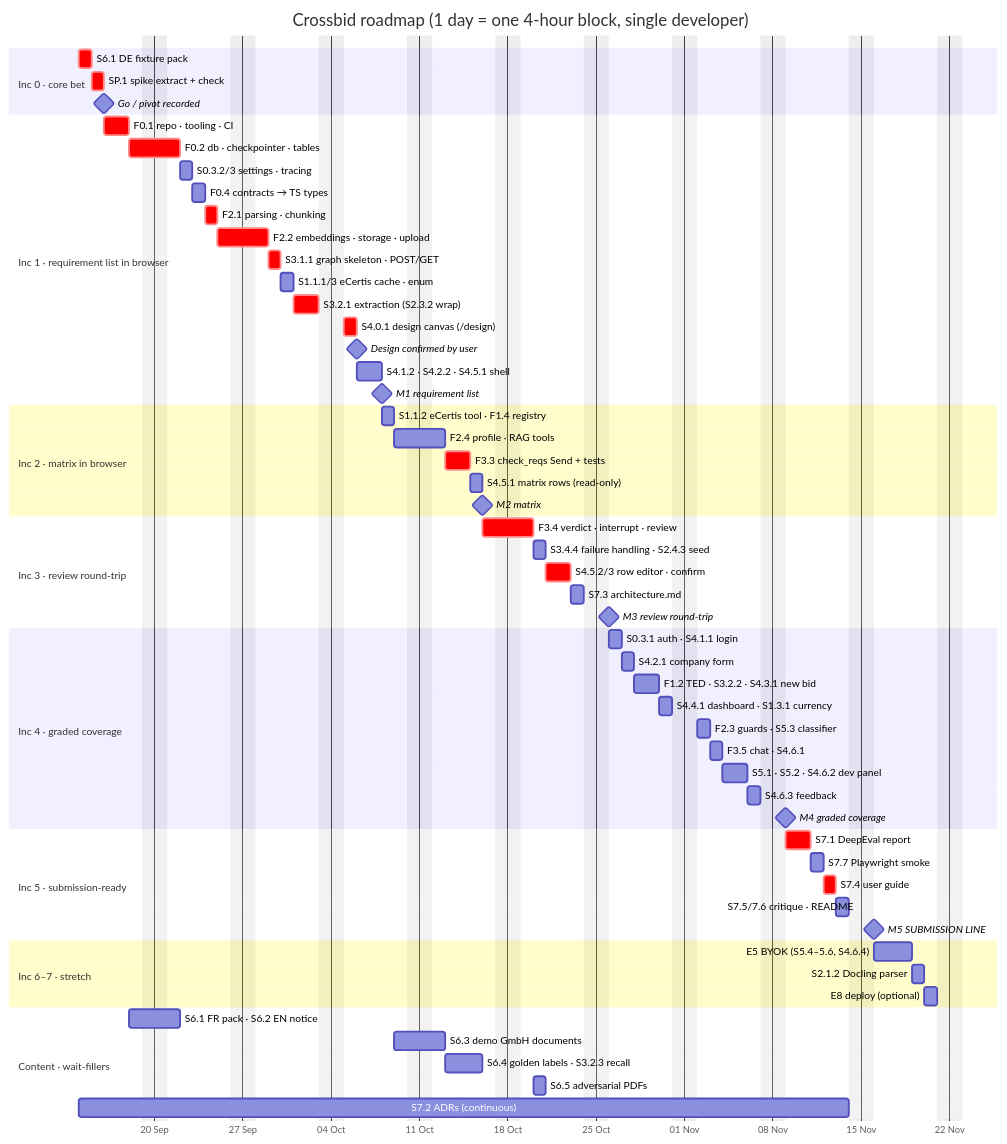
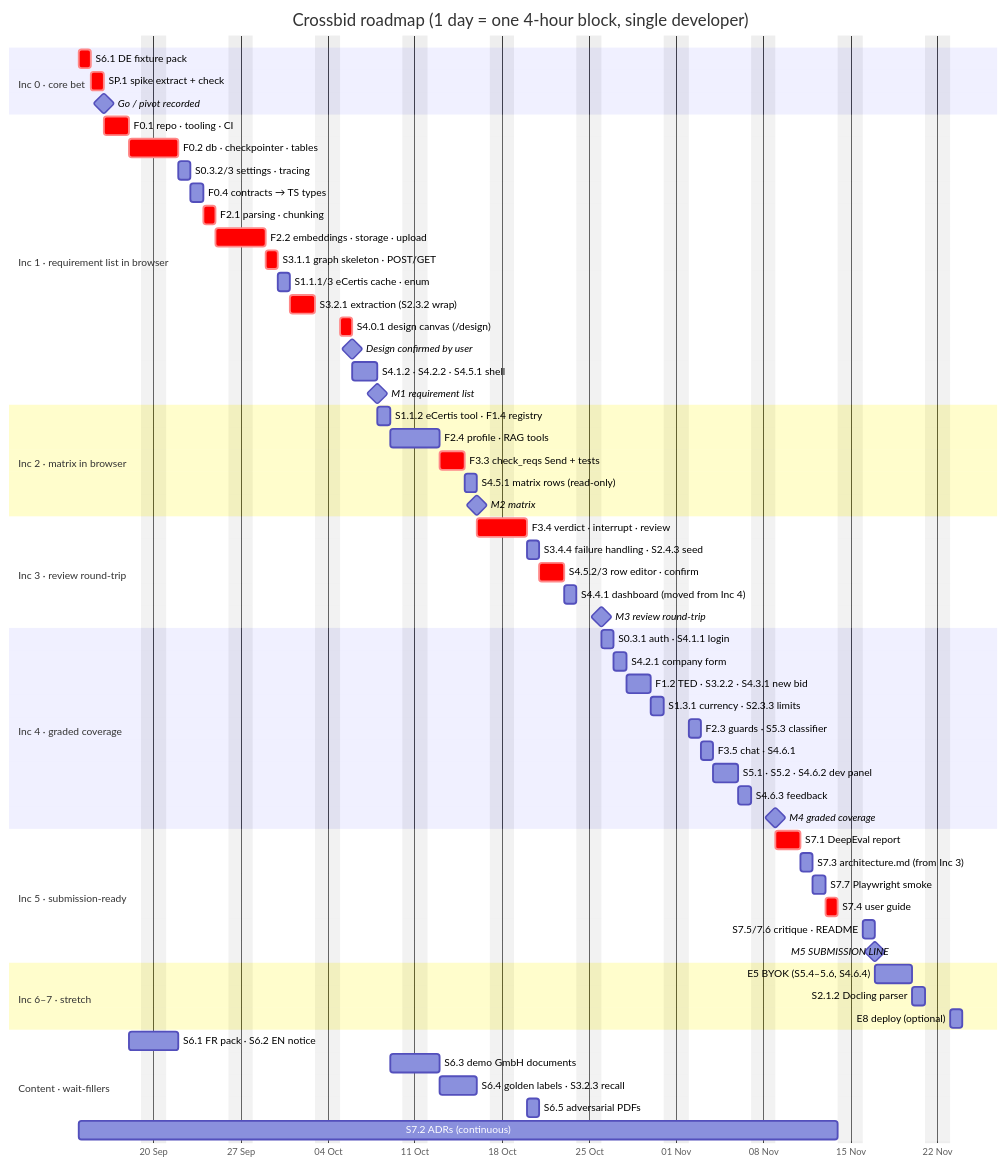
Before and after one commit to AhmedNazihX/CrossBid: the fifth of 5 diagrams in docs/roadmap.md, drawn with Mermaid. The commit also changed other lines of this file and 39 other files, not shown here.

````diff
--- a/docs/roadmap.md
+++ b/docs/roadmap.md
@@ -218,71 +219,72 @@
 ```mermaid
 gantt
   title Crossbid roadmap (1 day = one 4-hour block, single developer)
   dateFormat YYYY-MM-DD
   axisFormat %d %b
   excludes weekends
 
   section Inc 0 · core bet
   S6.1 DE fixture pack               :crit, i0a, 2026-09-14, 1d
   SP.1 spike extract + check         :crit, i0b, after i0a, 1d
   Go / pivot recorded                :milestone, m0, after i0b, 0d
 
   section Inc 1 · requirement list in browser
   F0.1 repo · tooling · CI           :crit, i1a, after i0b, 2d
   F0.2 db · checkpointer · tables    :crit, i1b, after i1a, 2d
   S0.3.2/3 settings · tracing        :i1c, after i1b, 1d
   F0.4 contracts → TS types          :i1d, after i1c, 1d
   F2.1 parsing · chunking            :crit, i1e, after i1d, 1d
   F2.2 embeddings · storage · upload :crit, i1f, after i1e, 2d
   S3.1.1 graph skeleton · POST/GET   :crit, i1g, after i1f, 1d
   S1.1.1/3 eCertis cache · enum      :i1h, after i1g, 1d
   S3.2.1 extraction (S2.3.2 wrap)    :crit, i1i, after i1h, 2d
   S4.0.1 design canvas (/design)     :crit, i1k, after i1i, 1d
   Design confirmed by user           :milestone, md, after i1k, 0d
   S4.1.2 · S4.2.2 · S4.5.1 shell     :i1j, after i1k, 2d
   M1 requirement list                :milestone, m1, after i1j, 0d
 
   section Inc 2 · matrix in browser
   S1.1.2 eCertis tool · F1.4 registry:i2a, after i1j, 1d
   F2.4 profile · RAG tools           :i2b, after i2a, 2d
   F3.3 check_reqs Send + tests       :crit, i2c, after i2b, 2d
   S4.5.1 matrix rows (read-only)     :i2d, after i2c, 1d
   M2 matrix                          :milestone, m2, after i2d, 0d
 
   section Inc 3 · review round-trip
   F3.4 verdict · interrupt · review  :crit, i3a, after i2d, 2d
   S3.4.4 failure handling · S2.4.3 seed :i3b, after i3a, 1d
   S4.5.2/3 row editor · confirm      :crit, i3c, after i3b, 2d
-  S7.3 architecture.md               :i3d, after i3c, 1d
+  S4.4.1 dashboard (moved from Inc 4) :i3d, after i3c, 1d
   M3 review round-trip               :milestone, m3, after i3d, 0d
 
   section Inc 4 · graded coverage
   S0.3.1 auth · S4.1.1 login         :i4a, after i3d, 1d
   S4.2.1 company form                :i4b, after i4a, 1d
   F1.2 TED · S3.2.2 · S4.3.1 new bid :i4c, after i4b, 2d
-  S4.4.1 dashboard · S1.3.1 currency :i4d, after i4c, 1d
+  S1.3.1 currency · S2.3.3 limits    :i4d, after i4c, 1d
   F2.3 guards · S5.3 classifier      :i4e, after i4d, 1d
   F3.5 chat · S4.6.1                 :i4f, after i4e, 1d
   S5.1 · S5.2 · S4.6.2 dev panel     :i4g, after i4f, 2d
   S4.6.3 feedback                    :i4h, after i4g, 1d
   M4 graded coverage                 :milestone, m4, after i4h, 0d
 
   section Inc 5 · submission-ready
   S7.1 DeepEval report               :crit, i5a, after i4h, 2d
-  S7.7 Playwright smoke              :i5c, after i5a, 1d
+  S7.3 architecture.md (from Inc 3)  :i5b, after i5a, 1d
+  S7.7 Playwright smoke              :i5c, after i5b, 1d
   S7.4 user guide                    :crit, i5d, after i5c, 1d
   S7.5/7.6 critique · README         :i5e, after i5d, 1d
   M5 SUBMISSION LINE                 :milestone, m5, after i5e, 0d
 
   section Inc 6–7 · stretch
   E5 BYOK (S5.4–5.6, S4.6.4)         :i6a, after i5e, 3d
   S2.1.2 Docling parser              :i6b, after i6a, 1d
   E8 deploy (optional)               :i7, after i6b, 1d
 
   section Content · wait-fillers
   S6.1 FR pack · S6.2 EN notice      :c1, after i1a, 2d
   S6.3 demo GmbH documents           :c2, after i2a, 2d
   S6.4 golden labels · S3.2.3 recall :c3, after c2, 3d
   S6.5 adversarial PDFs              :c4, after i3a, 1d
   S7.2 ADRs (continuous)             :c5, 2026-09-14, 45d
 ```
````
